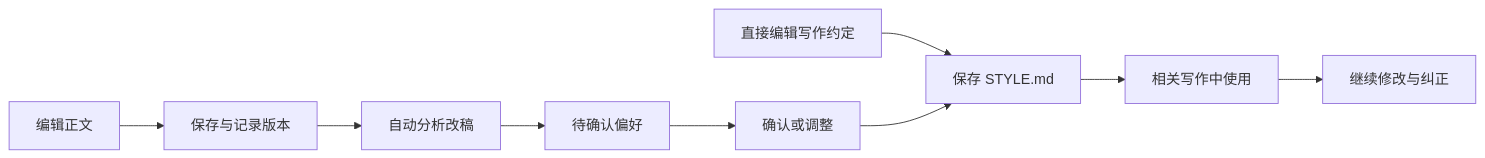
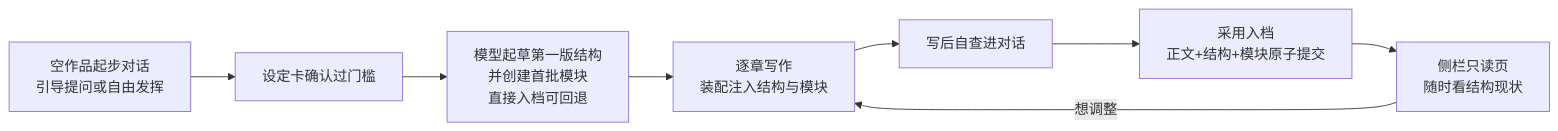
Before and after one commit to plankton12138/ClueLedger: the diagram in product-design/v1.1/README.md, drawn with Mermaid. The commit also changed other lines of this file and 29 other files, not shown here.

````diff
--- a/product-design/v1.1/README.md
+++ b/product-design/v1.1/README.md
@@ -26,11 +41,10 @@
 ```mermaid
 flowchart LR
-    A[编辑正文] --> B[保存与记录版本]
-    B --> C[自动分析改稿]
-    C --> D[待确认偏好]
-    D --> E[确认或调整]
-    H[直接编辑写作约定] --> I[保存 STYLE.md]
-    E --> I
-    I --> F[相关写作中使用]
-    F --> G[继续修改与纠正]
+    A[空作品起步对话<br>引导提问或自由发挥] --> B[设定卡确认过门槛]
+    B --> C[模型起草第一版结构<br>并创建首批模块<br>直接入档可回退]
+    C --> D[逐章写作<br>装配注入结构与模块]
+    D --> E[写后自查进对话]
+    E --> F[采用入档<br>正文+结构+模块原子提交]
+    F --> G[侧栏只读页<br>随时看结构现状]
+    G -->|想调整| D
 ```
````
